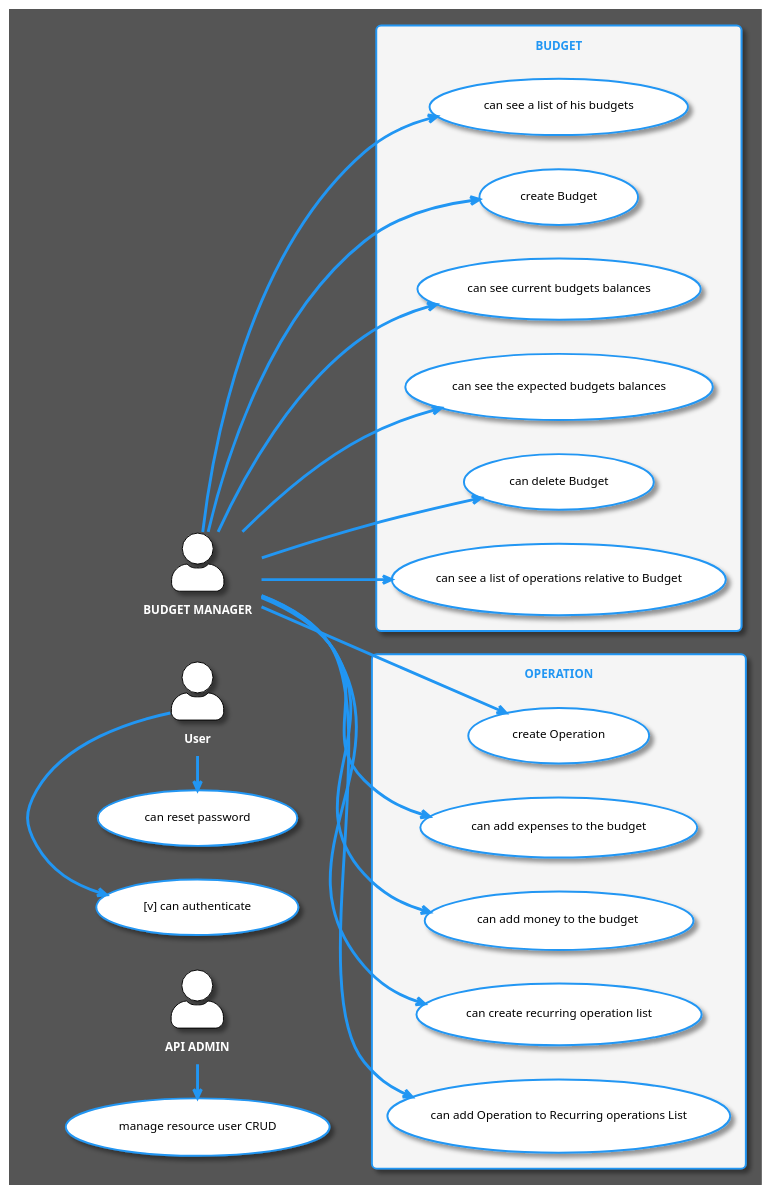
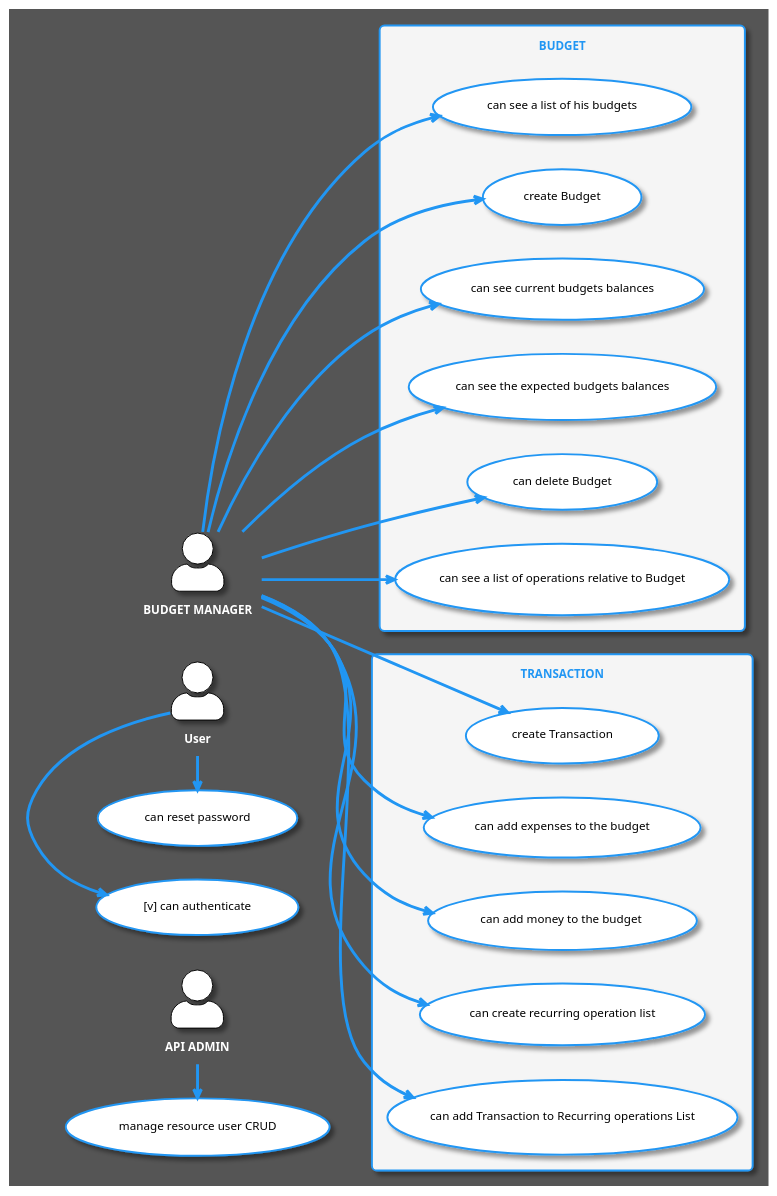
The diagram in docs/use-case/general-diagram.puml (hello-devs/budget-manager-api), drawn with PlantUML before and after one commit. The commit also changed 1 other file, not shown here.

```diff
--- a/docs/use-case/general-diagram.puml
+++ b/docs/use-case/general-diagram.puml
@@ -1,50 +1,50 @@
 @startuml
 !theme materia
 skinparam actorStyle awesome
 skinparam roundcorner 10
 skinparam BackgroundColor #555555
 skinparam usecase{
     BackgroundColor white
     FontColor black
 }
 skinparam Actor{
     BackgroundColor white
     BorderColor black
     FontColor white
     FontStyle bold
 }
 skinparam rectangle{
     BackgroundColor WhiteSmoke
 }
 left to right direction
 '----------------------------------------------
 
 actor :User: as U
 actor :API ADMIN: as ADM
 actor :BUDGET MANAGER: as BM
 
 ADM -> (manage resource user CRUD)
 
 U -> ([v] can authenticate)
 U -> (can reset password)
 
 
 
 rectangle BUDGET{
     BM --> (can see a list of his budgets)
     BM --> (create Budget)
     BM --> (can see current budgets balances)
     BM --> (can see the expected budgets balances)
     BM --> (can delete Budget)
     BM --> (can see a list of operations relative to Budget)
 }
-rectangle OPERATION{
- BM --> (create Operation)
+rectangle TRANSACTION{
+ BM --> (create Transaction)
  BM --> (can add expenses to the budget)
  BM --> (can add money to the budget )
  BM --> (can create recurring operation list)
- BM --> (can add Operation to Recurring operations List)
+ BM --> (can add Transaction to Recurring operations List)
 }
 
 
 @enduml
```
